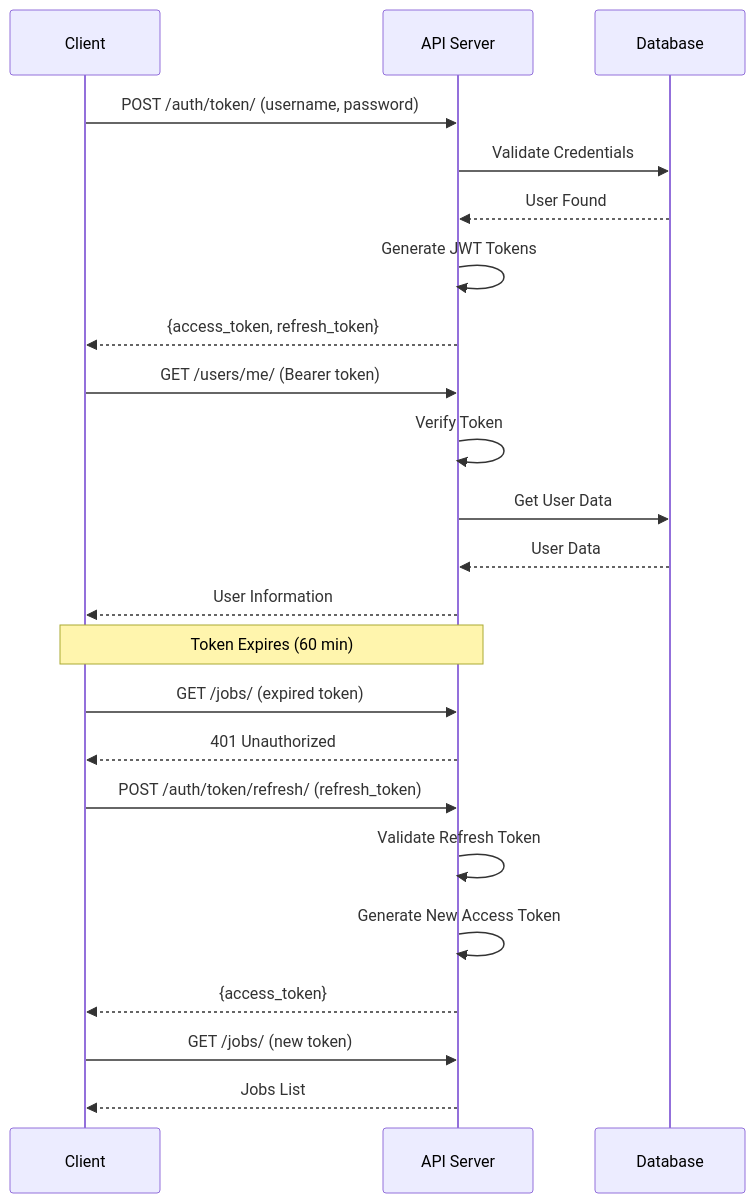
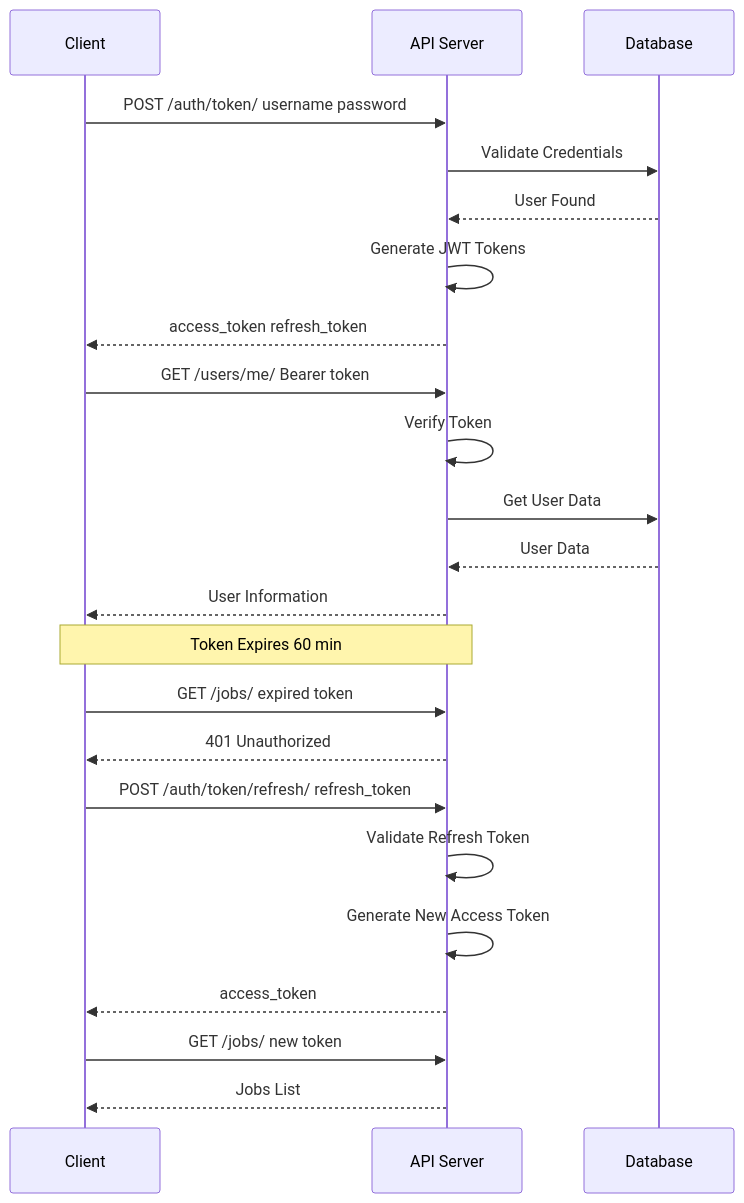
One commit to adil77672/recruitment-platform-docs changed diagram 15 of 17 in SYSTEM_DOCUMENTATION.md. Above: the diagram before and after it, drawn with Mermaid. The commit also changed other lines of this file, not shown here.

````diff
--- a/SYSTEM_DOCUMENTATION.md
+++ b/SYSTEM_DOCUMENTATION.md
@@ -1750,31 +1750,31 @@
 ```mermaid
 sequenceDiagram
     participant C as Client
     participant API as API Server
     participant DB as Database
     
-    C->>API: POST /auth/token/ (username, password)
+    C->>API: POST /auth/token/ username password
     API->>DB: Validate Credentials
     DB-->>API: User Found
     API->>API: Generate JWT Tokens
-    API-->>C: {access_token, refresh_token}
+    API-->>C: access_token refresh_token
     
-    C->>API: GET /users/me/ (Bearer token)
+    C->>API: GET /users/me/ Bearer token
     API->>API: Verify Token
     API->>DB: Get User Data
     DB-->>API: User Data
     API-->>C: User Information
     
-    Note over C,API: Token Expires (60 min)
+    Note over C,API: Token Expires 60 min
     
-    C->>API: GET /jobs/ (expired token)
+    C->>API: GET /jobs/ expired token
     API-->>C: 401 Unauthorized
     
-    C->>API: POST /auth/token/refresh/ (refresh_token)
+    C->>API: POST /auth/token/refresh/ refresh_token
     API->>API: Validate Refresh Token
     API->>API: Generate New Access Token
-    API-->>C: {access_token}
+    API-->>C: access_token
     
-    C->>API: GET /jobs/ (new token)
+    C->>API: GET /jobs/ new token
     API-->>C: Jobs List
 ```
````
